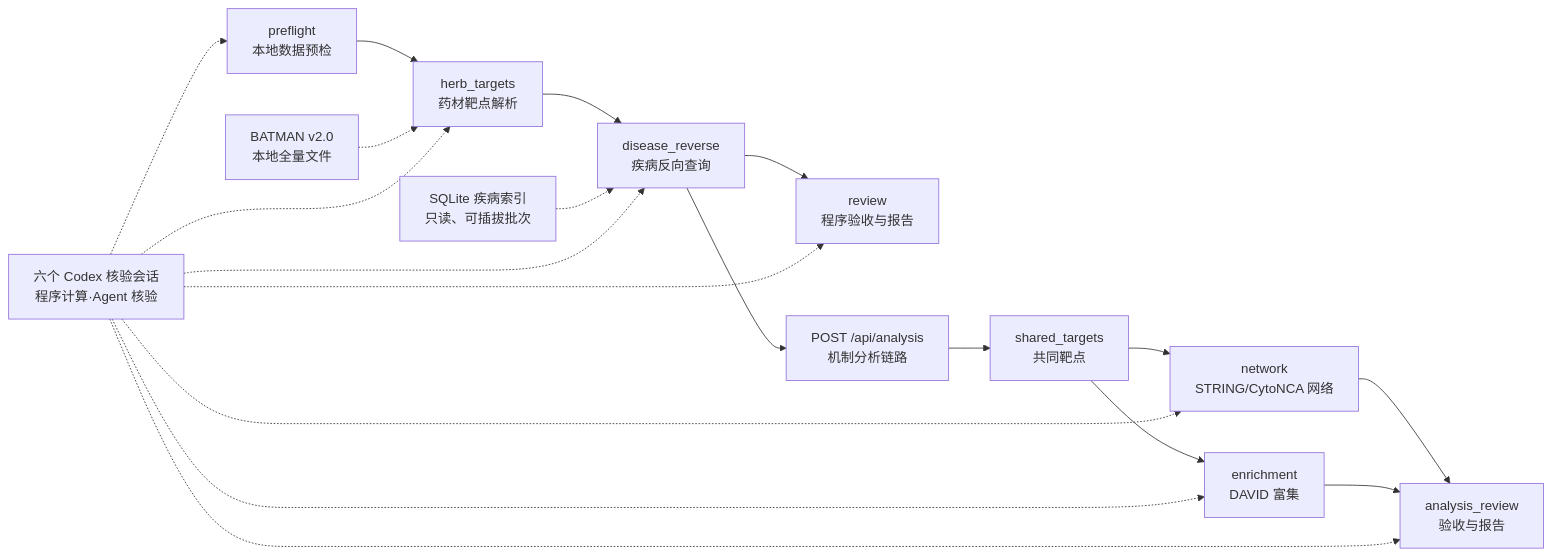
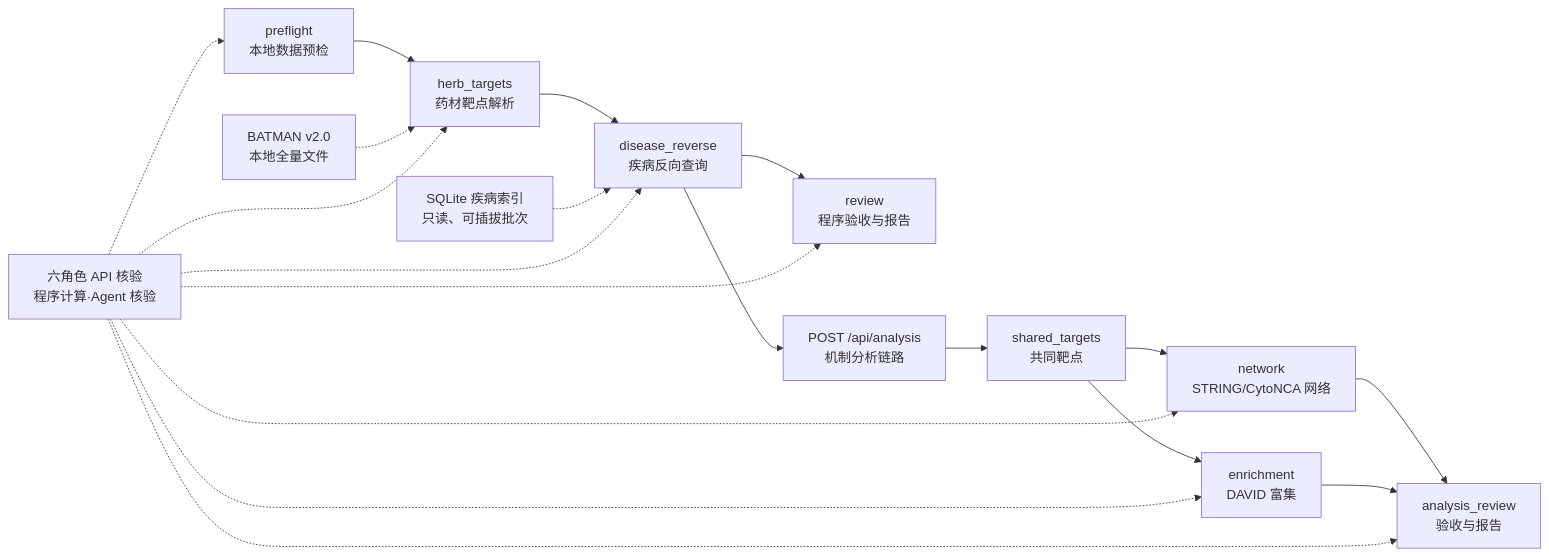
Before and after one commit to HappyLifeToCode/PharmacologyMultiAgent: the diagram in README.md, drawn with Mermaid. The commit also changed other lines of this file and 37 other files, not shown here.

````diff
--- a/README.md
+++ b/README.md
@@ -96,21 +100,21 @@
 ```mermaid
 flowchart LR
     A[preflight<br/>本地数据预检] --> B[herb_targets<br/>药材靶点解析]
     B --> C[disease_reverse<br/>疾病反向查询]
     C --> D[review<br/>程序验收与报告]
     E[BATMAN v2.0<br/>本地全量文件] -.-> B
     F[SQLite 疾病索引<br/>只读、可插拔批次] -.-> C
-    M[六个 Codex 核验会话<br/>程序计算·Agent 核验] -.-> A
+    M[六角色 API 核验<br/>程序计算·Agent 核验] -.-> A
     M -.-> B
     M -.-> C
     M -.-> D
     C --> N[POST /api/analysis<br/>机制分析链路]
     N --> S[shared_targets<br/>共同靶点]
     S --> T[network<br/>STRING/CytoNCA 网络]
     S --> U[enrichment<br/>DAVID 富集]
     T --> V[analysis_review<br/>验收与报告]
     U --> V
     M -.-> T
     M -.-> U
     M -.-> V
 ```
````
